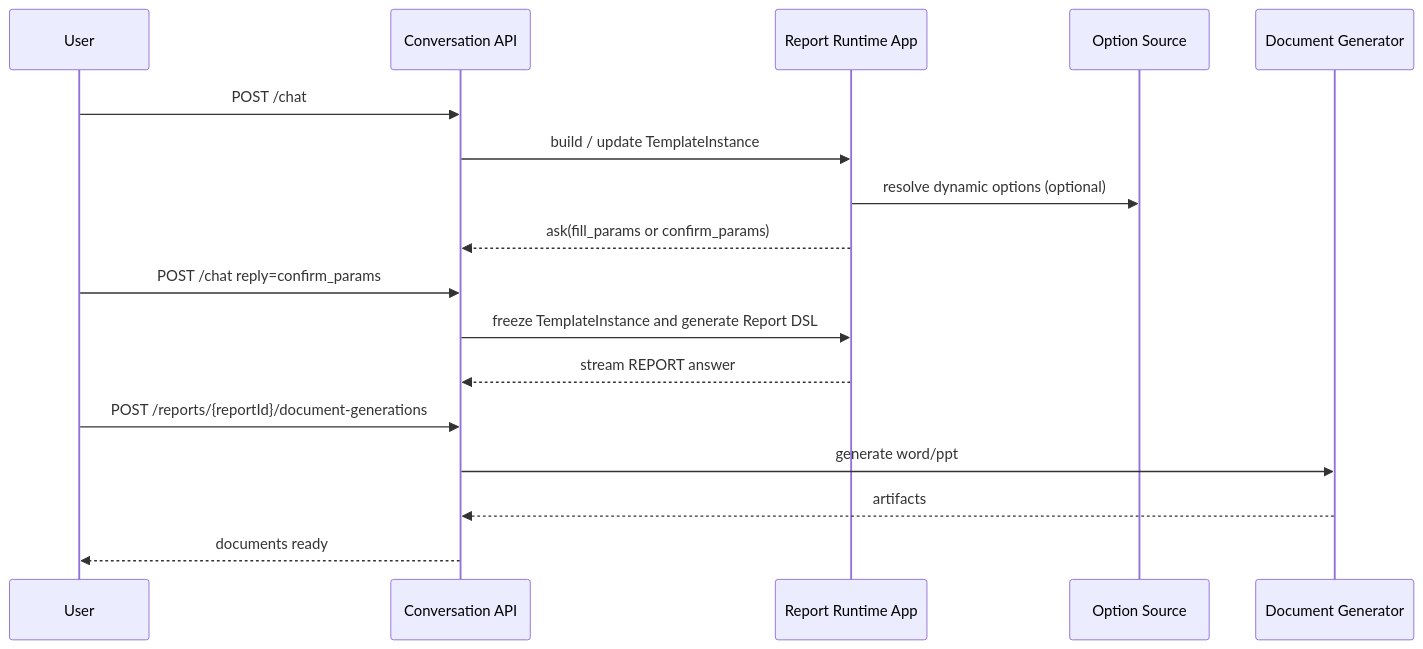
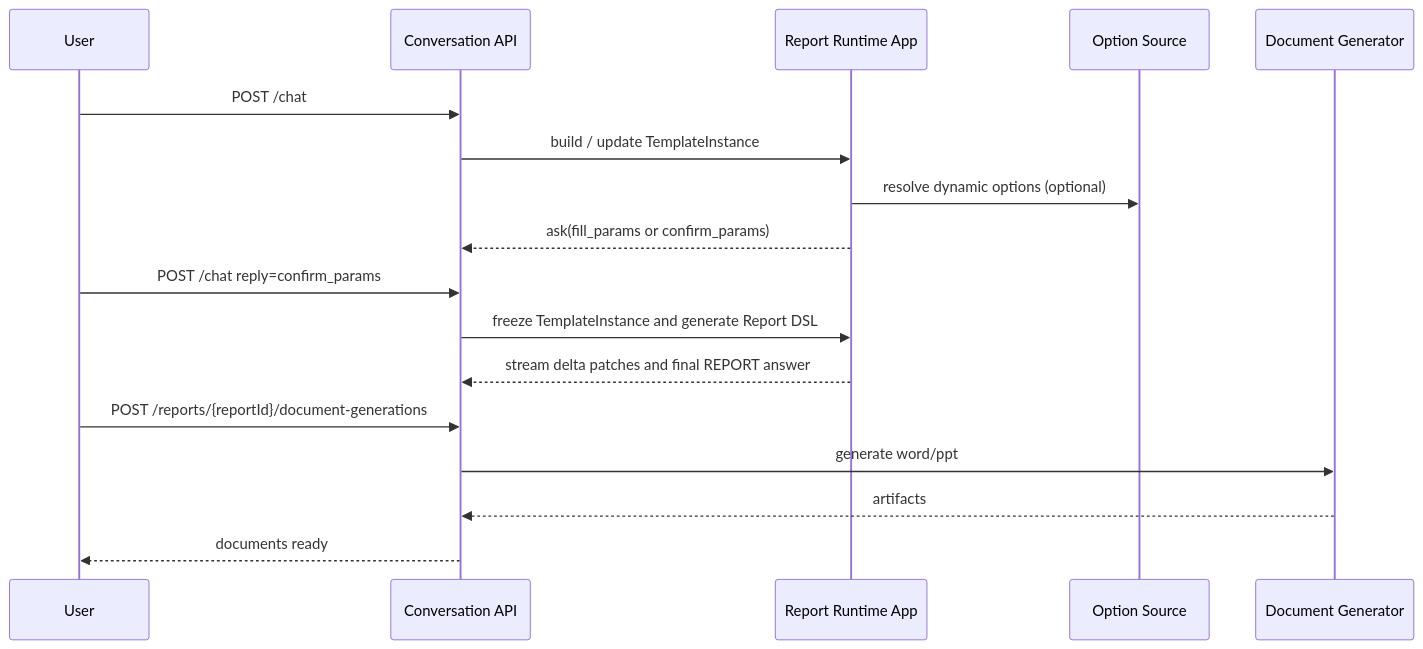
Before and after one commit to shel447/ReportSystem: the diagram in design/report_system/03-运行时流程与状态机.md, drawn with Mermaid. The commit also changed other lines of this file and 10 other files, not shown here.

First line of the commit message:
add streaming report delta contract

````diff
--- a/design/report_system/03-运行时流程与状态机.md
+++ b/design/report_system/03-运行时流程与状态机.md
@@ -345,20 +345,20 @@
 ```mermaid
 sequenceDiagram
     participant U as User
     participant Chat as Conversation API
     participant App as Report Runtime App
     participant Ext as Option Source
     participant Exp as Document Generator
 
     U->>Chat: POST /chat
     Chat->>App: build / update TemplateInstance
     App->>Ext: resolve dynamic options (optional)
     App-->>Chat: ask(fill_params or confirm_params)
     U->>Chat: POST /chat reply=confirm_params
     Chat->>App: freeze TemplateInstance and generate Report DSL
-    App-->>Chat: stream REPORT answer
+    App-->>Chat: stream delta patches and final REPORT answer
     U->>Chat: POST /reports/{reportId}/document-generations
     Chat->>Exp: generate word/ppt
     Exp-->>Chat: artifacts
     Chat-->>U: documents ready
 ```
````
